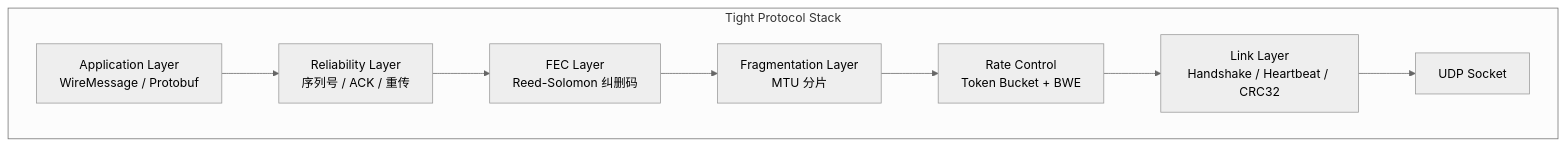
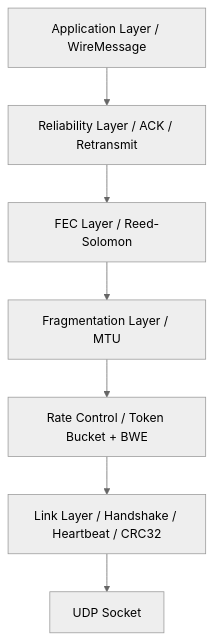
The third of 9 diagrams in docs/architecture.md (arrayforward/creek), drawn with Mermaid (neutral theme) before and after one commit. The commit also changed other lines of this file and 2 other files, not shown here.

First line of the commit message:
fix: remove mermaid br tags causing GitHub render failure

````diff
--- a/docs/architecture.md
+++ b/docs/architecture.md
@@ -124,19 +112,17 @@
 ```mermaid
 graph TB
-    subgraph "Tight Protocol Stack"
-        APP[Application Layer<br/>WireMessage / Protobuf]
-        REL[Reliability Layer<br/>序列号 / ACK / 重传]
-        FEC[FEC Layer<br/>Reed-Solomon 纠删码]
-        FRAG[Fragmentation Layer<br/>MTU 分片]
-        RATE[Rate Control<br/>Token Bucket + BWE]
-        LINK[Link Layer<br/>Handshake / Heartbeat / CRC32]
-        UDP[UDP Socket]
-    end
+    APP["Application Layer / WireMessage"]
+    REL["Reliability Layer / ACK / Retransmit"]
+    FEC["FEC Layer / Reed-Solomon"]
+    FRAG["Fragmentation Layer / MTU"]
+    RATE["Rate Control / Token Bucket + BWE"]
+    LINK["Link Layer / Handshake / Heartbeat / CRC32"]
+    UDP[UDP Socket]
 
     APP --> REL
     REL --> FEC
     FEC --> FRAG
     FRAG --> RATE
     RATE --> LINK
     LINK --> UDP
 ```
````
